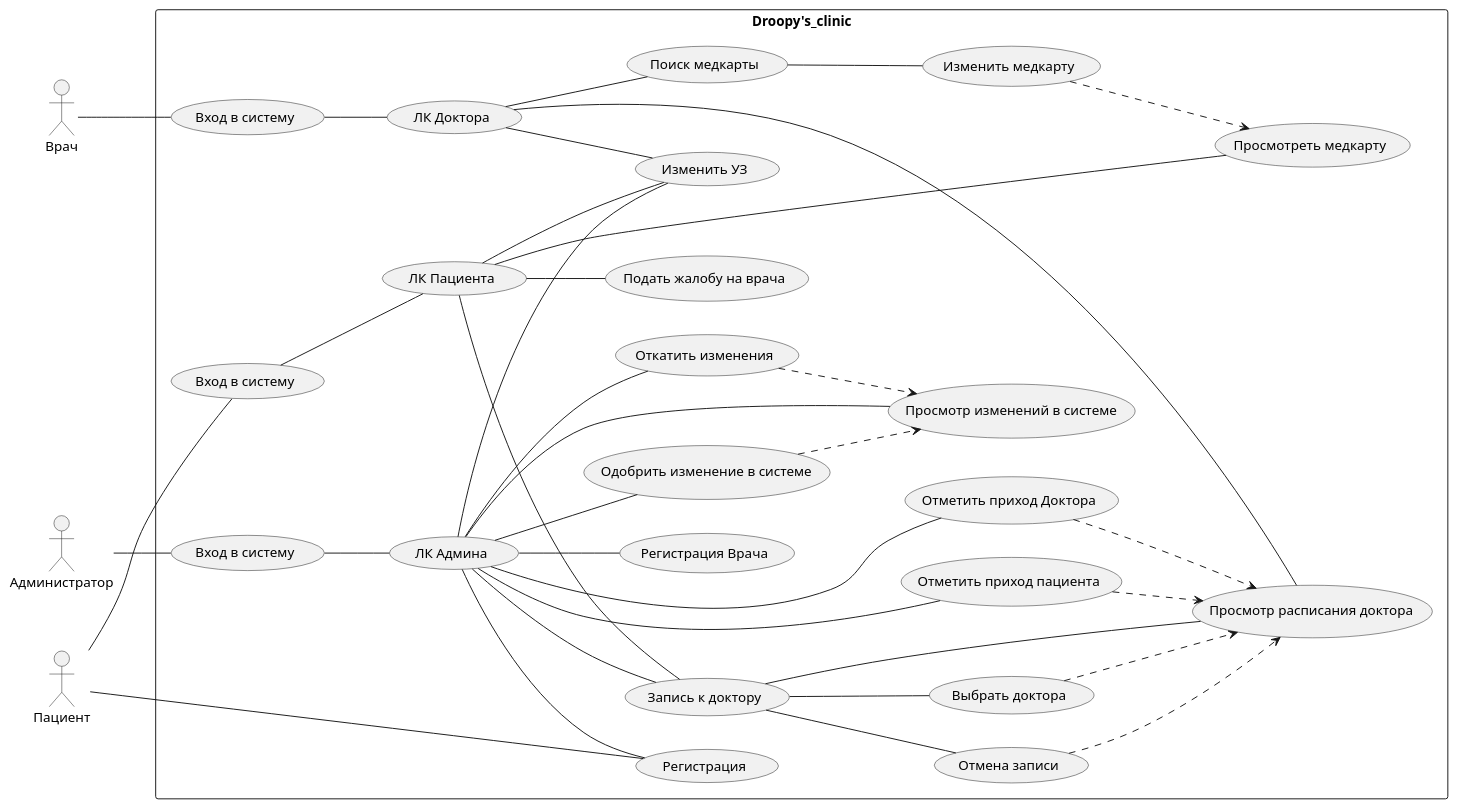
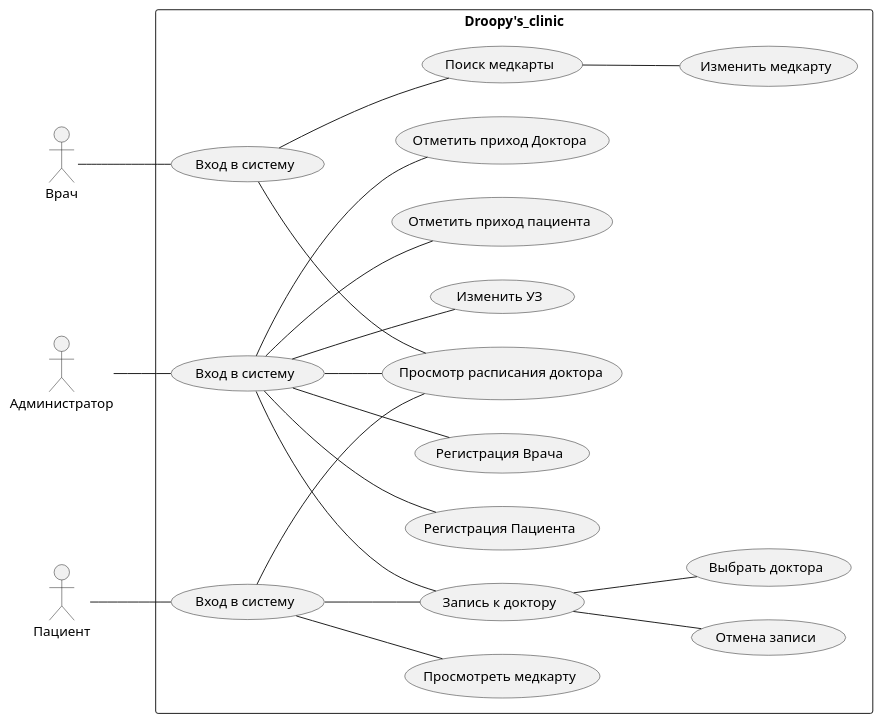
One commit to FracturedPerception/Droopys_clinic changed the diagram in docs/Droopys_clinic_USE-CASE.puml. Above: the diagram before and after it, drawn with PlantUML. The commit also changed 2 other files, not shown here.

```diff
--- a/docs/Droopys_clinic_USE-CASE.puml
+++ b/docs/Droopys_clinic_USE-CASE.puml
@@ -1,90 +1,64 @@
 @startuml Droopy's_clinic Use-case
 left to right direction
 
 actor "Врач" as Doc
 actor "Администратор" as Admn
 actor "Пациент" as Lho
 
 rectangle "Droopy's_clinic"{
 
-    usecase "Регистрация" as UC_RegLho
+    usecase "Регистрация Пациента" as UC_RegLho
     usecase "Регистрация Врача" as UC_RegDoc
 
     usecase "Вход в систему" as Uc_LoginAdmn
     usecase "Вход в систему" as UC_LoginDoc
     usecase "Вход в систему" as UC_LoginLho
 
-    usecase "ЛК Админа" as UC_AdmnPA
-    usecase "ЛК Доктора" as UC_DocPA
-    usecase "ЛК Пациента" as UC_LhoPA
 
     usecase "Поиск медкарты" as UC_SelectLhoVed
 
     usecase "Изменить УЗ" as UC_Change
-    usecase "Одобрить изменение в системе" as UC_Approve
-    usecase "Просмотр изменений в системе" as UC_LaC
-    usecase "Откатить изменения" as UC_RBC
 
     usecase "Отметить приход пациента" as UC_CLho
     usecase "Отметить приход Доктора" as UC_CDoc
  
     usecase "Выбрать доктора" as UC_SelectDoc
     usecase "Просмотр расписания доктора" as UC_watchdogsTT
 
     usecase "Запись к доктору" as UC_BookanAp
     usecase "Отмена записи" as UC_CancelAp
 
     usecase "Просмотреть медкарту" as UC_LookatMed
     usecase "Изменить медкарту" as UC_ChangeMed
-
-    usecase "Подать жалобу на врача" as UC_DoAbsolutelyNothing
 }
 
-Lho -- UC_RegLho
+
 Lho -- UC_LoginLho
 
-UC_LoginLho -- UC_LhoPA
-
-UC_LhoPA -- UC_Change
-UC_LhoPA -- UC_DoAbsolutelyNothing
-UC_LhoPA -- UC_LookatMed
-UC_LhoPA -- UC_BookanAp
+UC_LoginLho -- UC_LookatMed
+UC_LoginLho -- UC_BookanAp
+UC_LoginLho -- UC_watchdogsTT
 
 UC_BookanAp -- UC_SelectDoc
 UC_BookanAp -- UC_CancelAp
-UC_BookanAp -- UC_watchdogsTT
 
 
 Doc -- UC_LoginDoc
 
-UC_LoginDoc -- UC_DocPA
-
-UC_DocPA -- UC_watchdogsTT
-UC_DocPA -- UC_SelectLhoVed
-UC_DocPA -- UC_Change
+UC_LoginDoc -- UC_watchdogsTT
+UC_LoginDoc -- UC_SelectLhoVed
 
 UC_SelectLhoVed -- UC_ChangeMed
 
 
 Admn -- Uc_LoginAdmn
 
-Uc_LoginAdmn -- UC_AdmnPA
+Uc_LoginAdmn -- UC_CLho
+Uc_LoginAdmn -- UC_CDoc
+Uc_LoginAdmn -- UC_Change
+Uc_LoginAdmn -- UC_BookanAp
+Uc_LoginAdmn -- UC_RegLho
+Uc_LoginAdmn -- UC_RegDoc
+Uc_LoginAdmn -- UC_watchdogsTT
 
-UC_AdmnPA -- UC_Approve
-UC_AdmnPA -- UC_RBC
-UC_AdmnPA -- UC_LaC
-UC_AdmnPA -- UC_CLho
-UC_AdmnPA -- UC_CDoc
-UC_AdmnPA -- UC_Change
-UC_AdmnPA -- UC_BookanAp
-UC_AdmnPA -- UC_RegLho
-UC_AdmnPA -- UC_RegDoc
-
-UC_SelectDoc ..> UC_watchdogsTT
-UC_ChangeMed ..> UC_LookatMed
-UC_CancelAp ..> UC_watchdogsTT
-UC_Approve ..> UC_LaC
-UC_RBC ..> UC_LaC
-UC_CLho ..> UC_watchdogsTT
-UC_CDoc ..> UC_watchdogsTT
 @enduml
```
